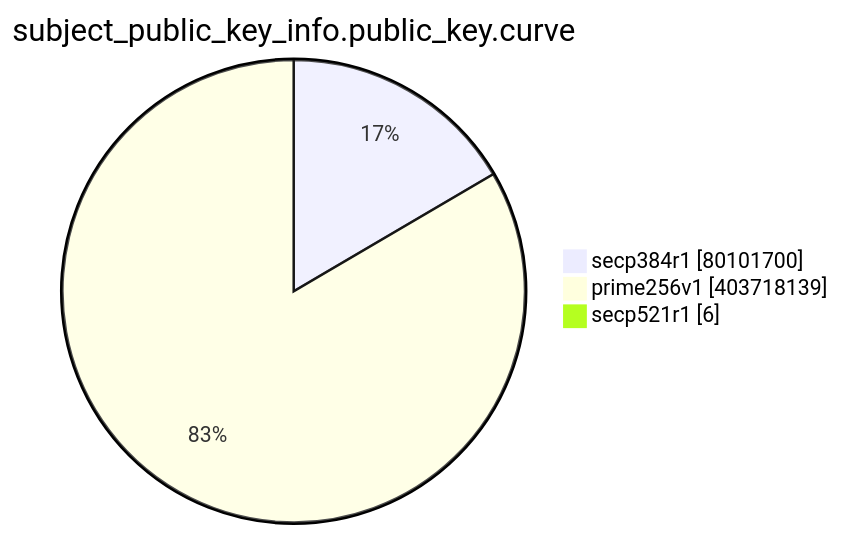
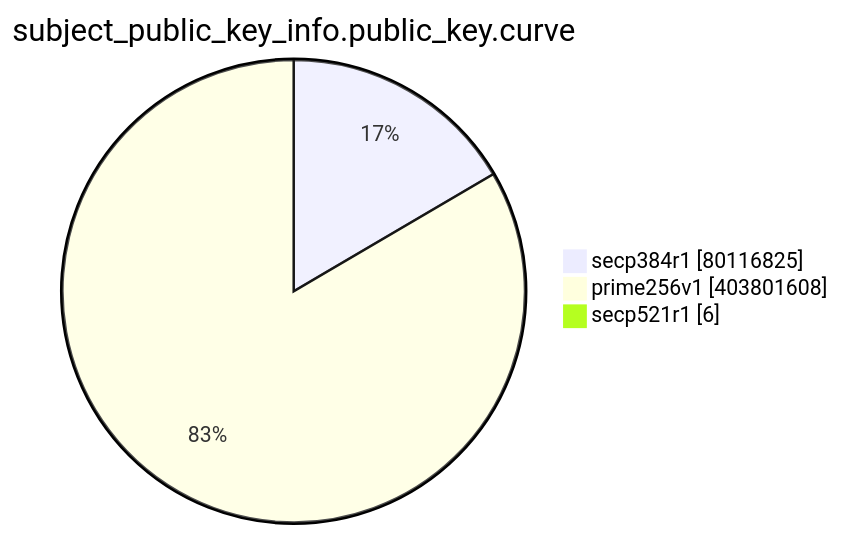
The eighth of 15 diagrams in TOTAL/README.md (christiankrug/ctmonitor_visualization), drawn with Mermaid before and after one commit. The commit also changed other lines of this file, not shown here.

````diff
--- a/TOTAL/README.md
+++ b/TOTAL/README.md
@@ -3095,7 +3095,7 @@
 ```mermaid
 pie showData
 title subject_public_key_info.public_key.curve
-"secp384r1" :80101700
-"prime256v1" :403718139
+"secp384r1" :80116825
+"prime256v1" :403801608
 "secp521r1" :6
 ```
````
